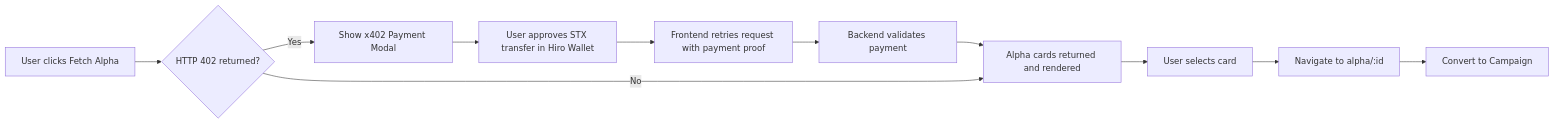
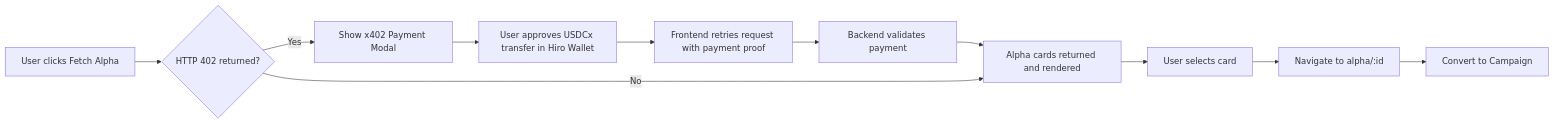
One commit to unclekaldoteth/ThesisRail changed the diagram in frontend/README.md. Above: the diagram before and after it, drawn with Mermaid. The commit also changed other lines of this file and 18 other files, not shown here.

````diff
--- a/frontend/README.md
+++ b/frontend/README.md
@@ -22,13 +22,13 @@
 ```mermaid
 flowchart LR
     A[User clicks Fetch Alpha] --> B{HTTP 402 returned?}
     B -- Yes --> C[Show x402 Payment Modal]
-    C --> D[User approves STX transfer in Hiro Wallet]
+    C --> D[User approves USDCx transfer in Hiro Wallet]
     D --> E[Frontend retries request with payment proof]
     E --> F[Backend validates payment]
     F --> G[Alpha cards returned and rendered]
     B -- No --> G
     G --> H[User selects card]
     H --> I[Navigate to alpha/:id]
     I --> J[Convert to Campaign]
 ```
````
